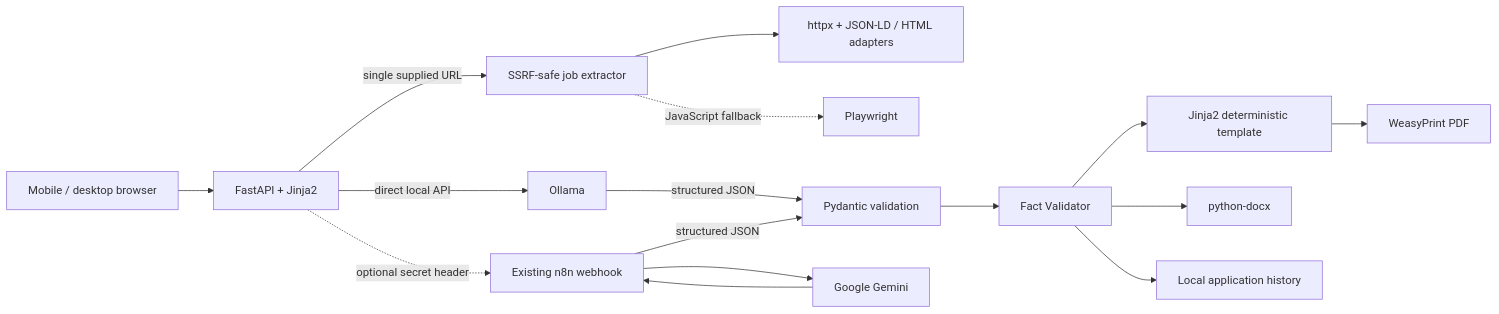
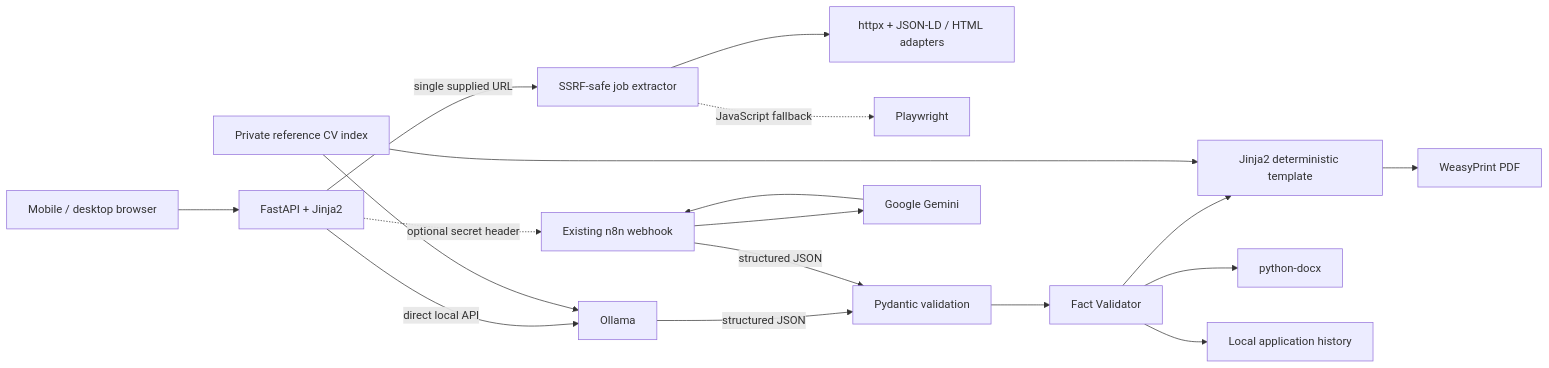
The diagram in docs/architecture.md (Rafalbanas/ai-resume-tailoring-platform), drawn with Mermaid before and after one commit. The commit also changed other lines of this file and 21 other files, not shown here.

````diff
--- a/docs/architecture.md
+++ b/docs/architecture.md
@@ -3,18 +3,20 @@
 ```mermaid
 flowchart LR
     B[Mobile / desktop browser] --> F[FastAPI + Jinja2]
     F -->|single supplied URL| E[SSRF-safe job extractor]
     E --> H[httpx + JSON-LD / HTML adapters]
     E -. JavaScript fallback .-> PW[Playwright]
     F -->|direct local API| O[Ollama]
     O -->|structured JSON| P
     F -. optional secret header .-> N[Existing n8n webhook]
     N --> G[Google Gemini]
     G --> N
     N -->|structured JSON| P[Pydantic validation]
     P --> V[Fact Validator]
     V --> J[Jinja2 deterministic template]
+    R[Private reference CV index] --> O
+    R --> J
     J --> PDF[WeasyPrint PDF]
     V --> DOCX[python-docx]
     V --> FS[Local application history]
 ```
````
